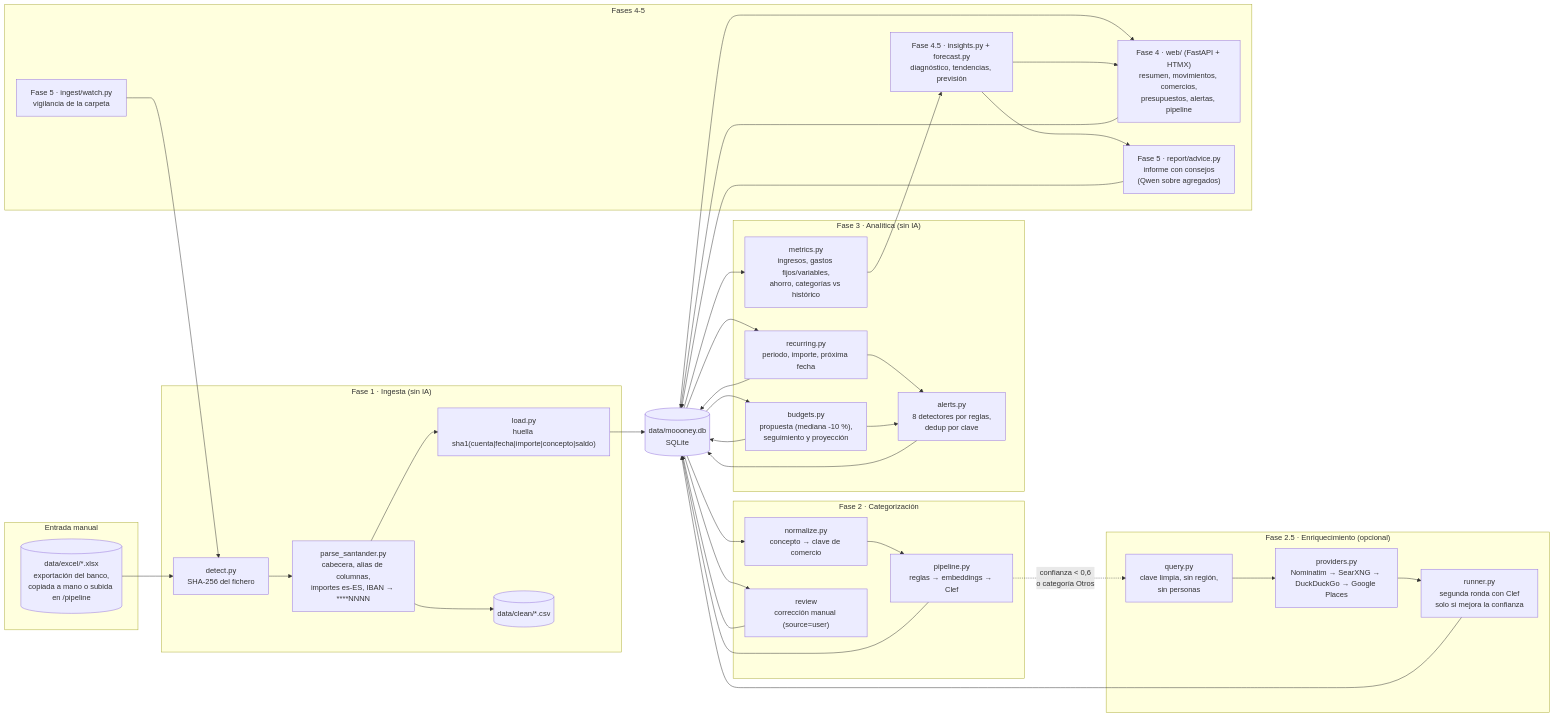
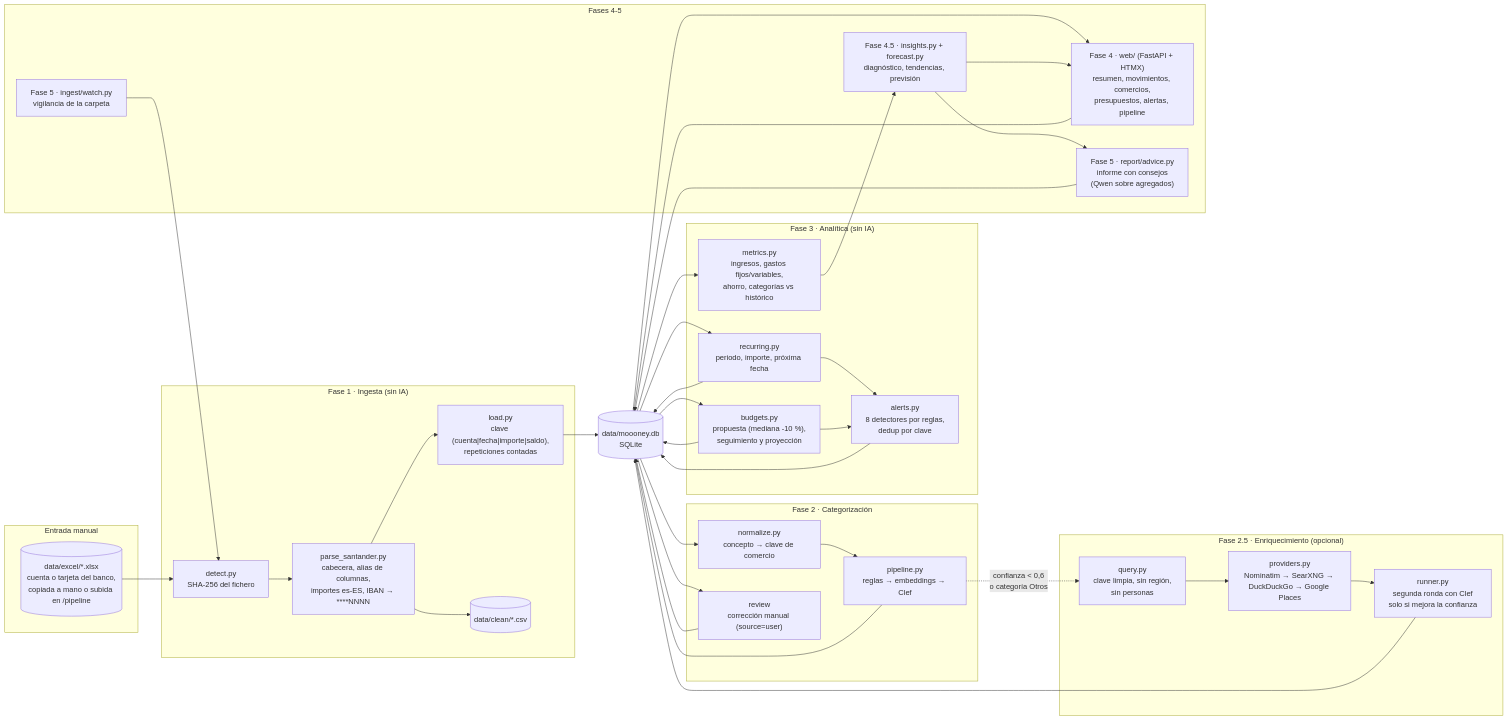
The first of 4 diagrams in docs/ARQUITECTURA.md (scavero/moooney), drawn with Mermaid before and after one commit. The commit also changed 17 other files, not shown here.

````diff
--- a/docs/ARQUITECTURA.md
+++ b/docs/ARQUITECTURA.md
@@ -12,59 +12,59 @@
 ```mermaid
 flowchart LR
     subgraph entrada["Entrada manual"]
-        XLSX[("data/excel/*.xlsx<br/>exportación del banco,<br/>copiada a mano o subida en /pipeline")]
+        XLSX[("data/excel/*.xlsx<br/>cuenta o tarjeta del banco,<br/>copiada a mano o subida en /pipeline")]
     end
 
     subgraph f1["Fase 1 · Ingesta (sin IA)"]
         DETECT["detect.py<br/>SHA-256 del fichero"]
         PARSE["parse_santander.py<br/>cabecera, alias de columnas,<br/>importes es-ES, IBAN → ****NNNN"]
-        LOAD["load.py<br/>huella sha1(cuenta|fecha|importe|concepto|saldo)"]
+        LOAD["load.py<br/>clave (cuenta|fecha|importe|saldo),<br/>repeticiones contadas"]
         CSV[("data/clean/*.csv")]
     end
 
     subgraph f2["Fase 2 · Categorización"]
         NORM["normalize.py<br/>concepto → clave de comercio"]
         CASCADE["pipeline.py<br/>reglas → embeddings → Clef"]
         REVIEW["review<br/>corrección manual (source=user)"]
     end
 
     subgraph f25["Fase 2.5 · Enriquecimiento (opcional)"]
         QUERY["query.py<br/>clave limpia, sin región,<br/>sin personas"]
         PROV["providers.py<br/>Nominatim → SearXNG → DuckDuckGo → Google Places"]
         ROUND2["runner.py<br/>segunda ronda con Clef<br/>solo si mejora la confianza"]
     end
 
     subgraph f3["Fase 3 · Analítica (sin IA)"]
         RECUR["recurring.py<br/>periodo, importe, próxima fecha"]
         METRICS["metrics.py<br/>ingresos, gastos fijos/variables,<br/>ahorro, categorías vs histórico"]
         BUDGET["budgets.py<br/>propuesta (mediana -10 %),<br/>seguimiento y proyección"]
         ALERTS["alerts.py<br/>8 detectores por reglas,<br/>dedup por clave"]
     end
 
     subgraph f45["Fases 4-5"]
         GUI["Fase 4 · web/ (FastAPI + HTMX)<br/>resumen, movimientos, comercios,<br/>presupuestos, alertas, pipeline"]
         INS["Fase 4.5 · insights.py + forecast.py<br/>diagnóstico, tendencias, previsión"]
         REPORT["Fase 5 · report/advice.py<br/>informe con consejos<br/>(Qwen sobre agregados)"]
         WATCH["Fase 5 · ingest/watch.py<br/>vigilancia de la carpeta"]
     end
 
     DB[("data/moooney.db<br/>SQLite")]
 
     XLSX --> DETECT --> PARSE --> LOAD
     PARSE --> CSV
     LOAD --> DB
     DB --> NORM --> CASCADE --> DB
     DB --> REVIEW --> DB
     CASCADE -. "confianza < 0,6<br/>o categoría Otros" .-> QUERY --> PROV --> ROUND2 --> DB
     DB --> RECUR --> DB
     DB --> METRICS
     DB --> BUDGET --> DB
     RECUR --> ALERTS
     BUDGET --> ALERTS --> DB
     DB --> GUI --> DB
     METRICS --> INS --> GUI
     INS --> REPORT --> DB
     WATCH --> DETECT
 
     classDef todo fill:#eee,stroke:#999,color:#666,stroke-dasharray: 4 3
 ```
````
